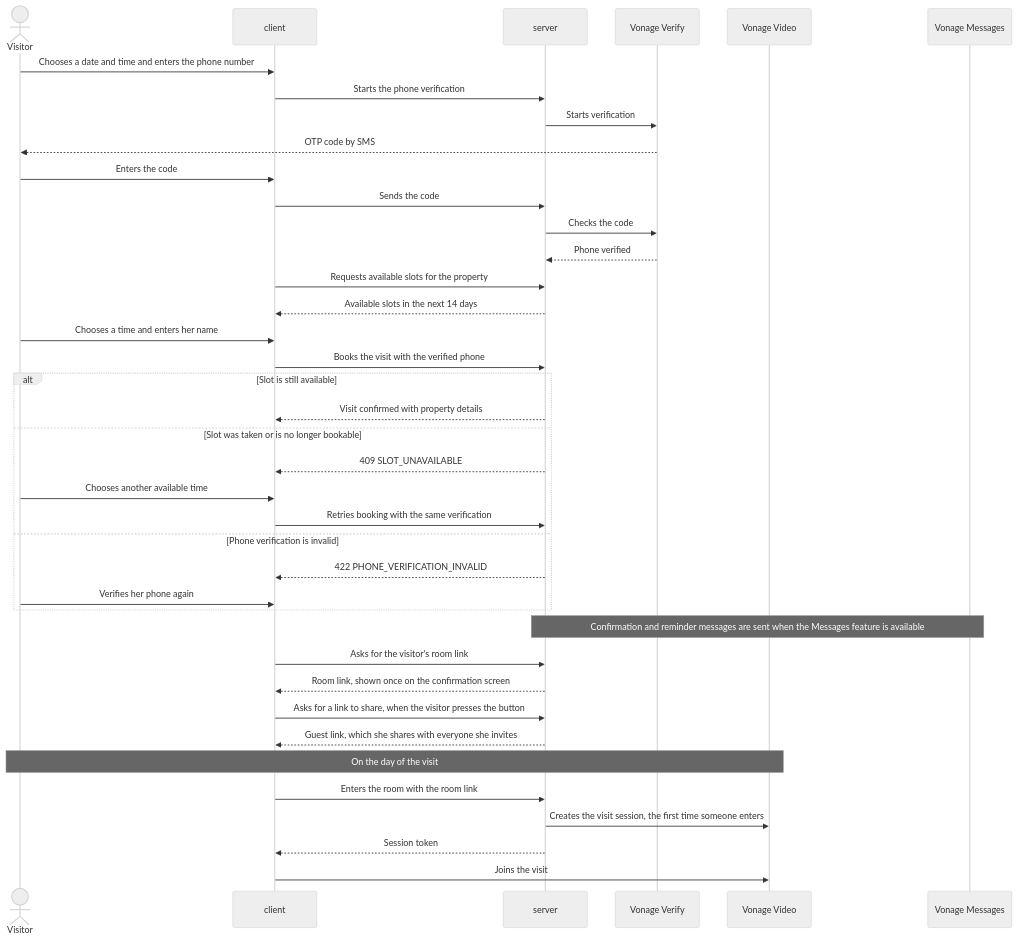
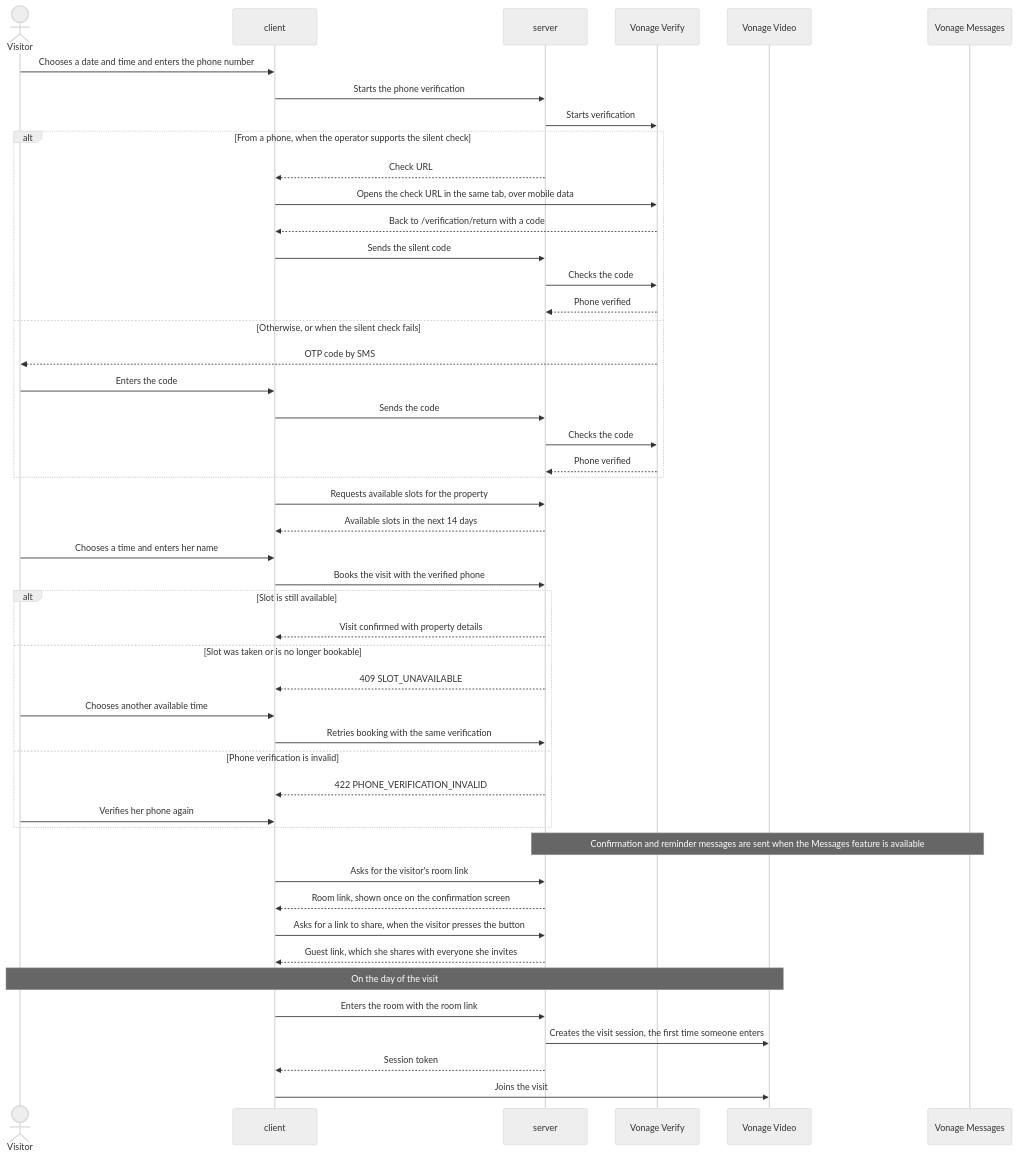
One commit to femCodersClub-vonage-program/secure-property-viewing changed the second of 2 diagrams in docs/architecture/README.md. Above: the diagram before and after it, drawn with Mermaid (neutral theme). The commit also changed other lines of this file and 17 other files, not shown here.

First line of the commit message:
feat(client): add Silent Authentication to the phone verification screen

````diff
--- a/docs/architecture/README.md
+++ b/docs/architecture/README.md
@@ -24,41 +25,50 @@
 ```mermaid
 sequenceDiagram
   actor V as Visitor
   participant C as client
   participant S as server
   participant VY as Vonage Verify
   participant VV as Vonage Video
   participant VM as Vonage Messages
   V->>C: Chooses a date and time and enters the phone number
   C->>S: Starts the phone verification
   S->>VY: Starts verification
-  VY-->>V: OTP code by SMS
-  V->>C: Enters the code
-  C->>S: Sends the code
-  S->>VY: Checks the code
-  VY-->>S: Phone verified
+  alt From a phone, when the operator supports the silent check
+    S-->>C: Check URL
+    C->>VY: Opens the check URL in the same tab, over mobile data
+    VY-->>C: Back to /verification/return with a code
+    C->>S: Sends the silent code
+    S->>VY: Checks the code
+    VY-->>S: Phone verified
+  else Otherwise, or when the silent check fails
+    VY-->>V: OTP code by SMS
+    V->>C: Enters the code
+    C->>S: Sends the code
+    S->>VY: Checks the code
+    VY-->>S: Phone verified
+  end
   C->>S: Requests available slots for the property
   S-->>C: Available slots in the next 14 days
   V->>C: Chooses a time and enters her name
   C->>S: Books the visit with the verified phone
   alt Slot is still available
     S-->>C: Visit confirmed with property details
   else Slot was taken or is no longer bookable
     S-->>C: 409 SLOT_UNAVAILABLE
     V->>C: Chooses another available time
     C->>S: Retries booking with the same verification
   else Phone verification is invalid
     S-->>C: 422 PHONE_VERIFICATION_INVALID
     V->>C: Verifies her phone again
   end
   Note over S,VM: Confirmation and reminder messages are sent when the Messages feature is available
   C->>S: Asks for the visitor's room link
   S-->>C: Room link, shown once on the confirmation screen
   C->>S: Asks for a link to share, when the visitor presses the button
   S-->>C: Guest link, which she shares with everyone she invites
   Note over V,VV: On the day of the visit
   C->>S: Enters the room with the room link
   S->>VV: Creates the visit session, the first time someone enters
   S-->>C: Session token
   C->>VV: Joins the visit
 ```
````
